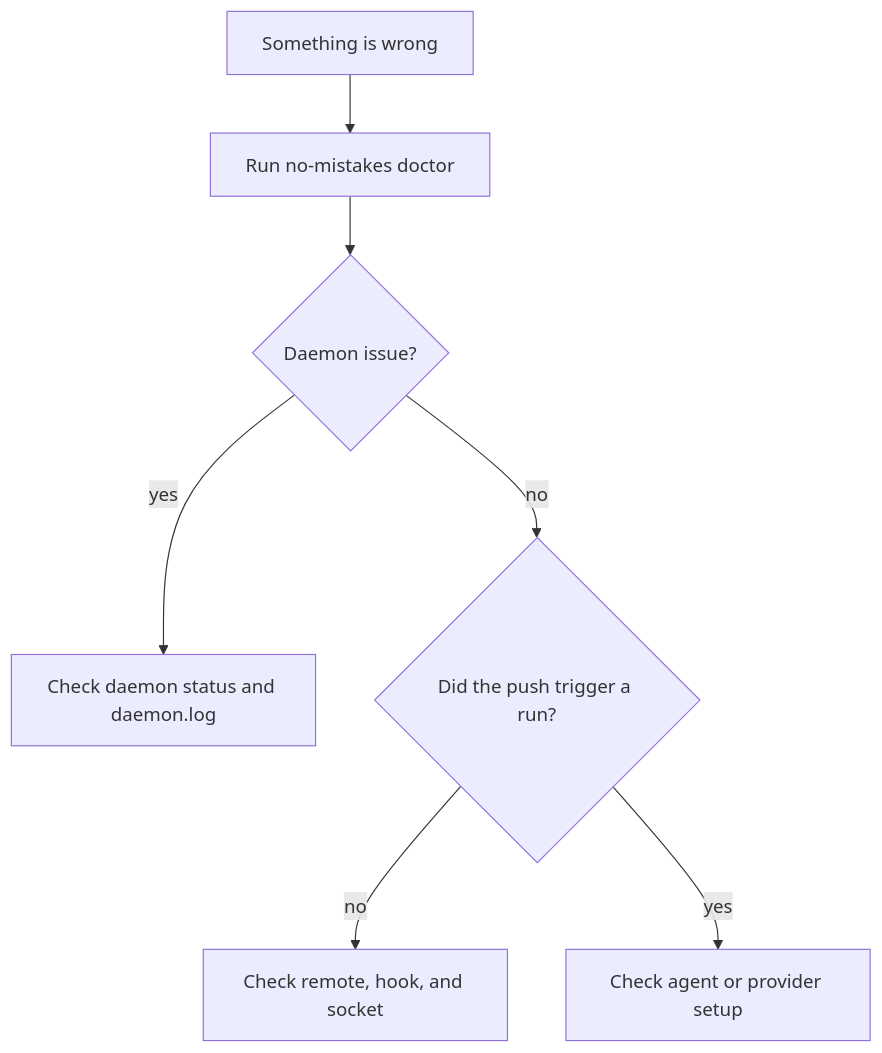
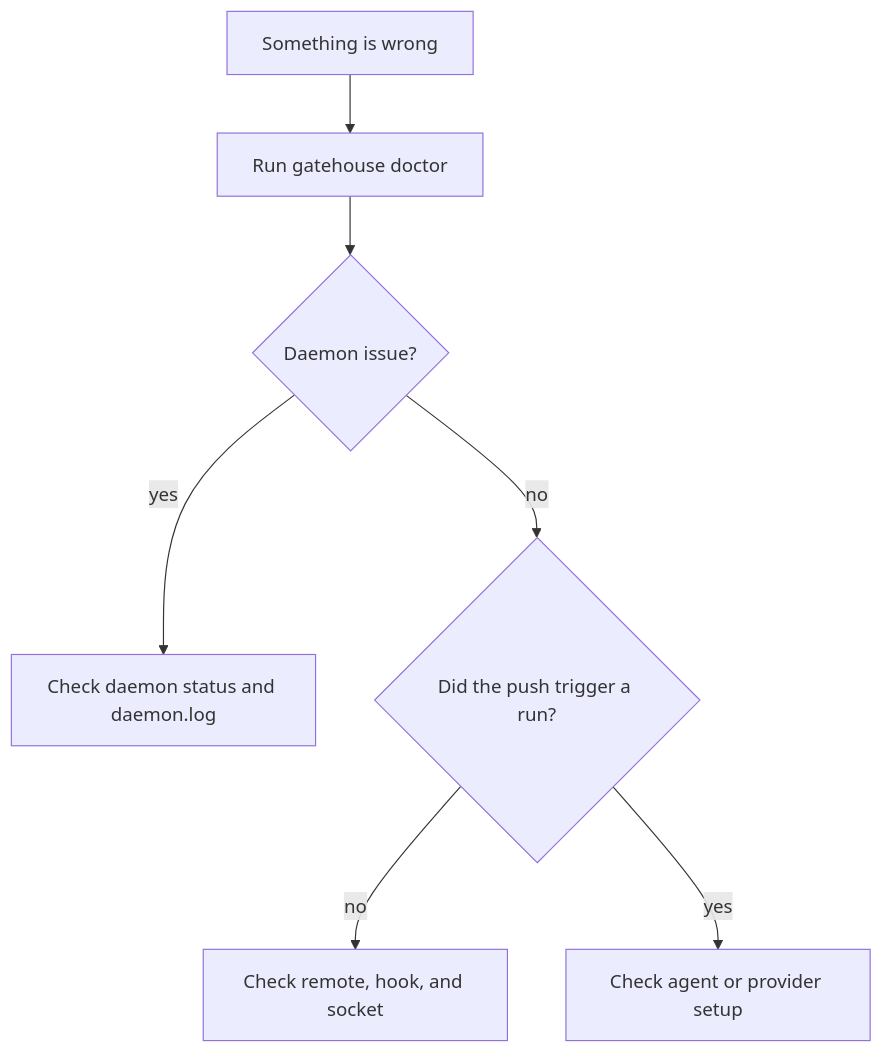
The diagram in docs/src/content/docs/guides/troubleshooting.md (BertramPetersen/gatehouse), drawn with Mermaid before and after one commit. The commit also changed other lines of this file and 545 other files, not shown here.

````diff
--- a/docs/src/content/docs/guides/troubleshooting.md
+++ b/docs/src/content/docs/guides/troubleshooting.md
@@ -13,9 +13,9 @@
 ```mermaid
 flowchart TD
-  problem["Something is wrong"] --> doctor["Run no-mistakes doctor"]
+  problem["Something is wrong"] --> doctor["Run gatehouse doctor"]
   doctor --> daemon{"Daemon issue?"}
   daemon -- "yes" --> daemonpath["Check daemon status and daemon.log"]
   daemon -- "no" --> triggered{"Did the push trigger a run?"}
   triggered -- "no" --> gate["Check remote, hook, and socket"]
   triggered -- "yes" --> provider["Check agent or provider setup"]
 ```
````
